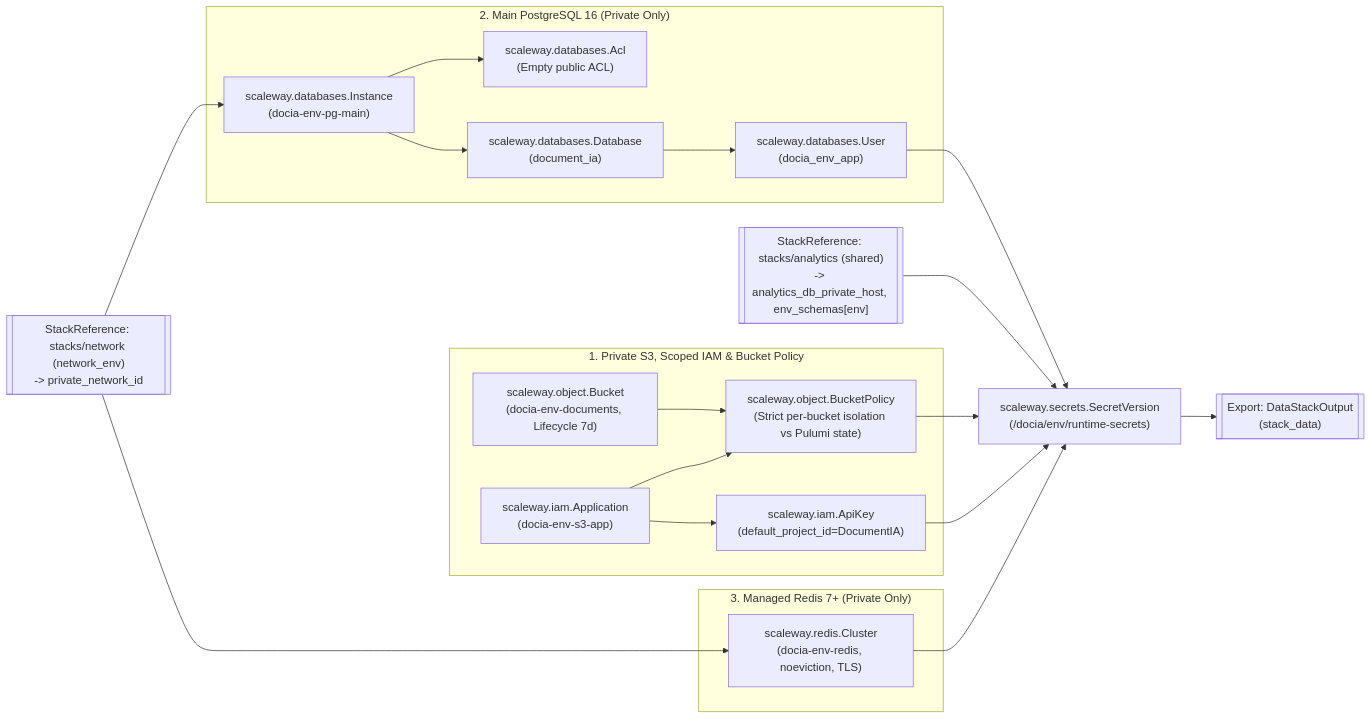
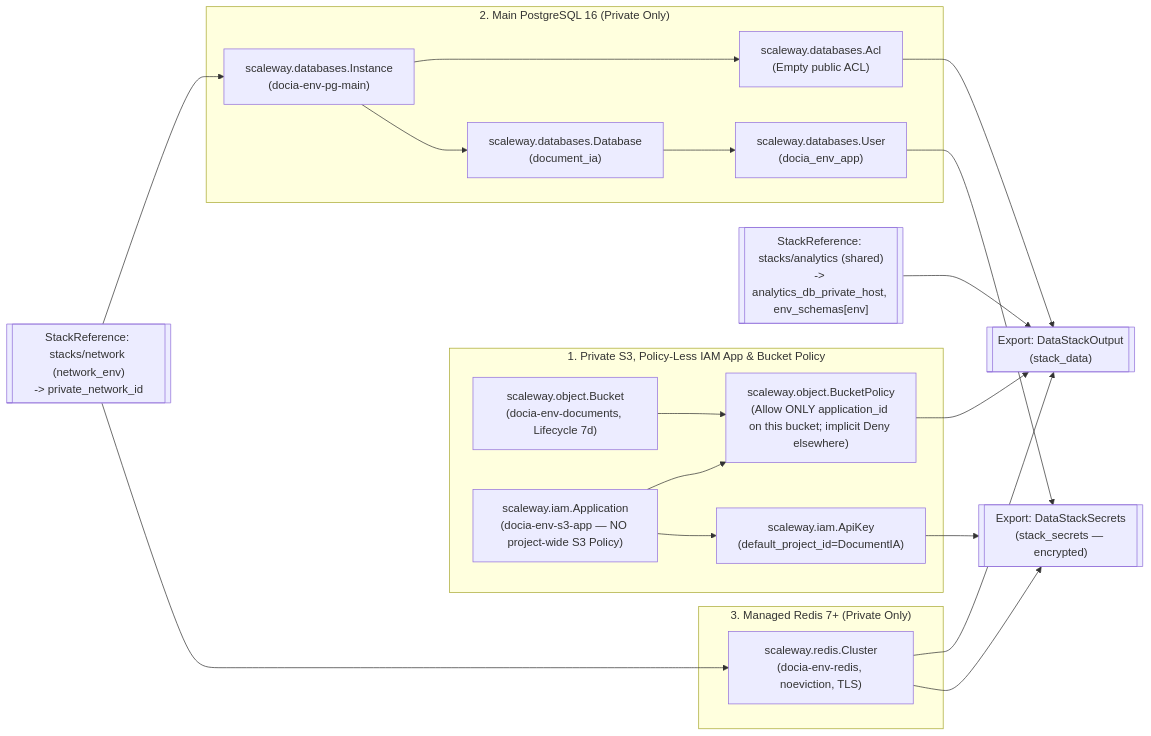
Diagram 15 of 17 in docs/ARCHITECTURE.md (etalab-ia/document-ia-infra), drawn with Mermaid before and after one commit. The commit also changed other lines of this file, not shown here.

First line of the commit message:
docs(architecture): harden VPC ACL, S3 policies, K8s secrets, Bastion, KEDA TLS and Traefik

````diff
--- a/docs/ARCHITECTURE.md
+++ b/docs/ARCHITECTURE.md
@@ -1083,27 +1135,27 @@
 ```mermaid
 flowchart LR
     REF_NET[["StackReference: stacks/network (network_env)<br/>-> private_network_id"]]
     REF_ANA[["StackReference: stacks/analytics (shared)<br/>-> analytics_db_private_host, env_schemas[env]"]]
 
-    subgraph S3_BLOCK["1. Private S3, Scoped IAM & Bucket Policy"]
+    subgraph S3_BLOCK["1. Private S3, Policy-Less IAM App & Bucket Policy"]
         BKT["scaleway.object.Bucket<br/>(docia-env-documents, Lifecycle 7d)"]
-        IAM_APP["scaleway.iam.Application<br/>(docia-env-s3-app)"]
-        BKT & IAM_APP --> BKT_POL["scaleway.object.BucketPolicy<br/>(Strict per-bucket isolation vs Pulumi state)"]
+        IAM_APP["scaleway.iam.Application<br/>(docia-env-s3-app — NO project-wide S3 Policy)"]
+        BKT & IAM_APP --> BKT_POL["scaleway.object.BucketPolicy<br/>(Allow ONLY application_id on this bucket; implicit Deny elsewhere)"]
         IAM_APP --> IAM_KEY["scaleway.iam.ApiKey<br/>(default_project_id=DocumentIA)"]
     end
 
     subgraph PG_BLOCK["2. Main PostgreSQL 16 (Private Only)"]
         PG["scaleway.databases.Instance<br/>(docia-env-pg-main)"]
         PG --> PG_ACL["scaleway.databases.Acl<br/>(Empty public ACL)"]
         PG --> PG_DB["scaleway.databases.Database<br/>(document_ia)"]
         PG_DB --> PG_USR["scaleway.databases.User<br/>(docia_env_app)"]
     end
 
     subgraph REDIS_BLOCK["3. Managed Redis 7+ (Private Only)"]
         REDIS["scaleway.redis.Cluster<br/>(docia-env-redis, noeviction, TLS)"]
     end
 
     REF_NET --> PG & REDIS
-    IAM_KEY & BKT_POL & PG_USR & REDIS & REF_ANA --> SEC["scaleway.secrets.SecretVersion<br/>(/docia/env/runtime-secrets)"]
-    SEC --> OUT[["Export: DataStackOutput<br/>(stack_data)"]]
+    BKT_POL & PG_ACL & REDIS & REF_ANA --> OUT[["Export: DataStackOutput<br/>(stack_data)"]]
+    IAM_KEY & PG_USR & REDIS --> OUT_SEC[["Export: DataStackSecrets<br/>(stack_secrets — encrypted)"]]
 ```
````
